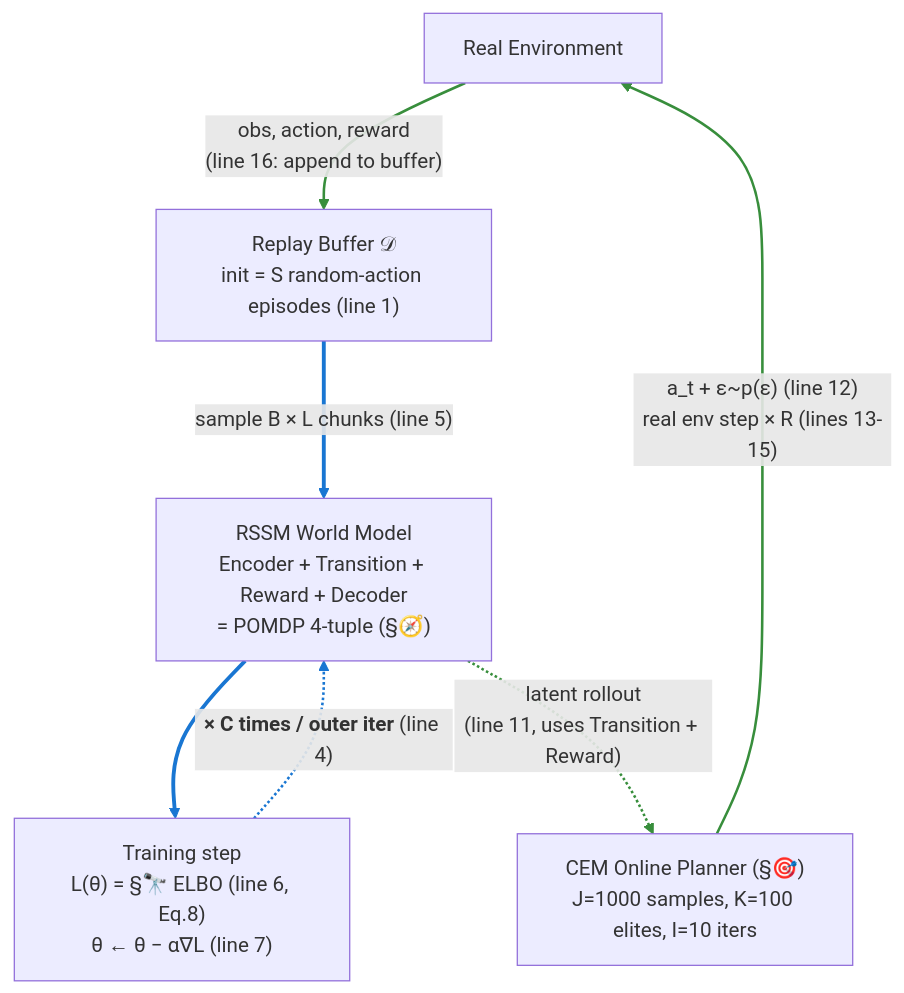
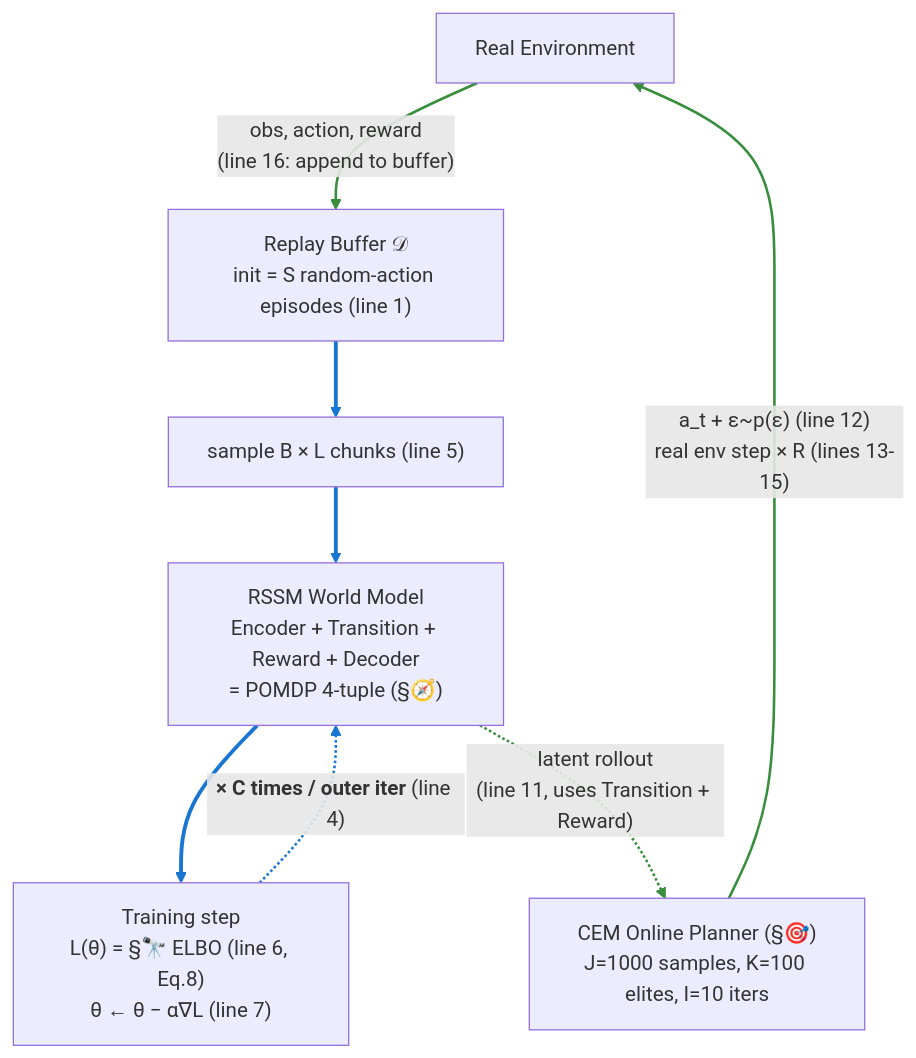
The seventh of 7 diagrams in World-Model-Study-Notes.md (jinxinzhou/world-model-study), drawn with Mermaid before and after one commit. The commit also changed 1 other file, not shown here.

Commit message:
docs: promote 'sample chunks' edge label to its own box node
The 'sample B x L chunks (line 5)' text was an edge label, rendering
as a soft pill in mermaid's default theme. Promote it to a real node
('Sample[...]' / rectangle) so it matches the Training step block
visually (both A-phase operations now appear as solid-framed boxes).

The training chain becomes:
  Buffer -> Sample[...] -> RSSM -> Train[...] -.->|x C times| RSSM

Renumber linkStyle indices to match the new edge order.

````diff
--- a/World-Model-Study-Notes.md
+++ b/World-Model-Study-Notes.md
@@ -2168,22 +2168,25 @@
 ```mermaid
 flowchart TD
     Env["Real Environment"]
     Buffer["Replay Buffer 𝒟<br/>init = S random-action episodes (line 1)"]
+    Sample["sample B × L chunks (line 5)"]
     RSSM["RSSM World Model<br/>Encoder + Transition + Reward + Decoder<br/>= POMDP 4-tuple (§🧭)"]
     Train["Training step<br/>L(θ) = §🔭 ELBO (line 6, Eq.8)<br/>θ ← θ − α∇L (line 7)"]
     CEM["CEM Online Planner (§🎯)<br/>J=1000 samples, K=100 elites, I=10 iters"]
 
     Env -->|"obs, action, reward<br/>(line 16: append to buffer)"| Buffer
-    Buffer -->|"sample B × L chunks (line 5)"| RSSM
+    Buffer --> Sample
+    Sample --> RSSM
     RSSM --> Train
     Train -.->|"<b>× C times / outer iter</b> (line 4)"| RSSM
     RSSM -.->|"latent rollout<br/>(line 11, uses Transition + Reward)"| CEM
     CEM -->|"a_t + ε~p(ε) (line 12)<br/>real env step × R (lines 13-15)"| Env
 
     linkStyle 0 stroke:#388e3c,stroke-width:2px
     linkStyle 1 stroke:#1976d2,stroke-width:3px
     linkStyle 2 stroke:#1976d2,stroke-width:3px
-    linkStyle 3 stroke:#1976d2,stroke-width:2px
-    linkStyle 4 stroke:#388e3c,stroke-width:2px
+    linkStyle 3 stroke:#1976d2,stroke-width:3px
+    linkStyle 4 stroke:#1976d2,stroke-width:2px
     linkStyle 5 stroke:#388e3c,stroke-width:2px
+    linkStyle 6 stroke:#388e3c,stroke-width:2px
 ```
````
